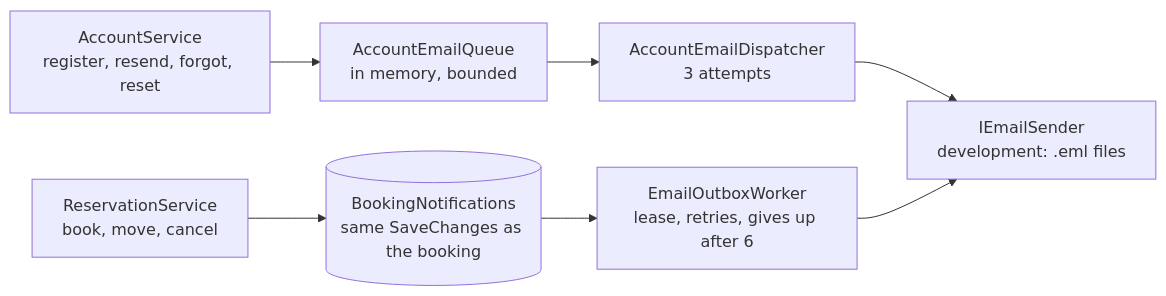
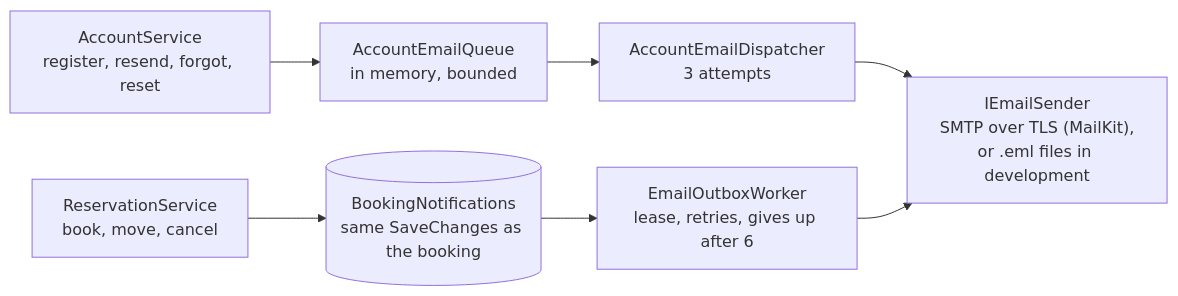
The fourth of 5 diagrams in docs/architecture.md (Andershgras/resource-reservation-system), drawn with Mermaid before and after one commit. The commit also changed other lines of this file and 8 other files, not shown here.

````diff
--- a/docs/architecture.md
+++ b/docs/architecture.md
@@ -221,13 +222,13 @@
 ```mermaid
 flowchart LR
     Account["AccountService<br/>register, resend, forgot, reset"]
     Queue["AccountEmailQueue<br/>in memory, bounded"]
     Dispatcher["AccountEmailDispatcher<br/>3 attempts"]
     Booking["ReservationService<br/>book, move, cancel"]
     Outbox[("BookingNotifications<br/>same SaveChanges as the booking")]
     Worker["EmailOutboxWorker<br/>lease, retries, gives up after 6"]
-    Sender["IEmailSender<br/>development: .eml files"]
+    Sender["IEmailSender<br/>SMTP over TLS (MailKit),<br/>or .eml files in development"]
 
     Account --> Queue --> Dispatcher --> Sender
     Booking --> Outbox --> Worker --> Sender
 ```
````
